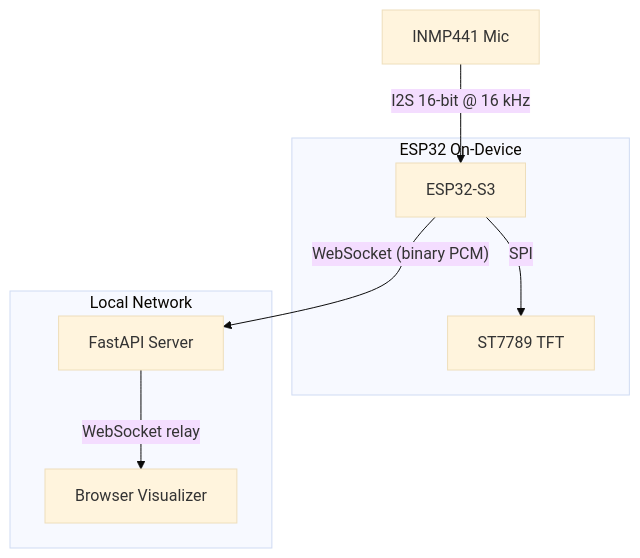
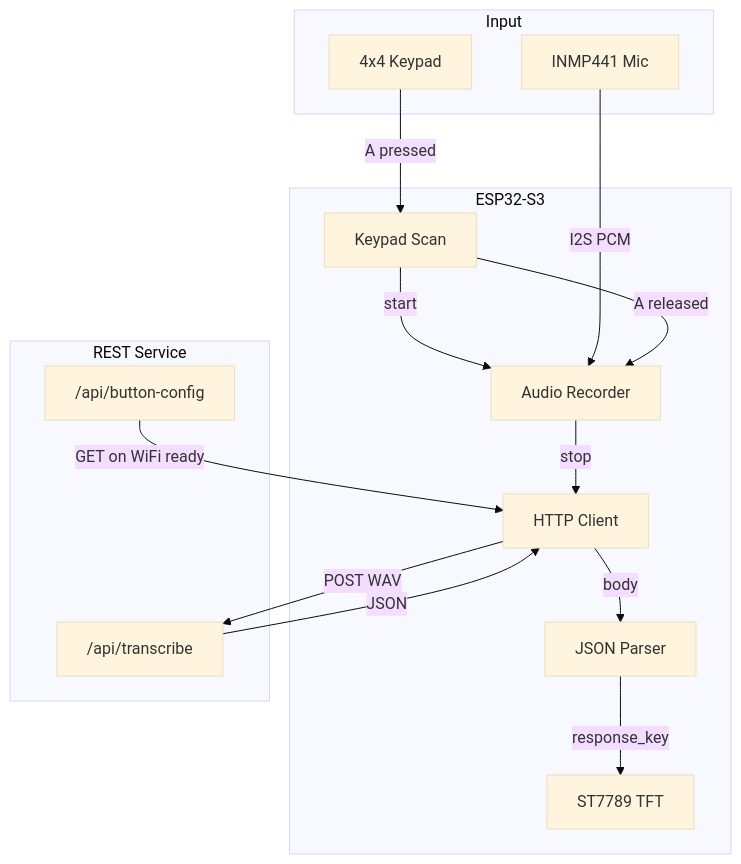
One commit to raynardj/wizardoz changed the third of 3 diagrams in src/README.md. Above: the diagram before and after it, drawn with Mermaid (base theme). The commit also changed other lines of this file and 22 other files, not shown here.

Commit message:
🎙️ audio talkie service

````diff
--- a/src/README.md
+++ b/src/README.md
@@ -112,17 +152,31 @@
 ```mermaid
 flowchart TD
-    MIC["INMP441 Mic"] -->|"I2S 16-bit @ 16 kHz"| ESP["ESP32-S3"]
-    ESP -->|"SPI"| TFT["ST7789 TFT"]
-    ESP -->|"WebSocket (binary PCM)"| SRV["FastAPI Server"]
-    SRV -->|"WebSocket relay"| VIZ["Browser Visualizer"]
-
-    subgraph device ["ESP32 On-Device"]
-        ESP
-        TFT
+    subgraph input [Input]
+        KP["4x4 Keypad"]
+        MIC["INMP441 Mic"]
     end
 
-    subgraph lan ["Local Network"]
-        SRV
-        VIZ
+    subgraph esp [ESP32-S3]
+        KP_SCAN["Keypad Scan"]
+        REC["Audio Recorder"]
+        HTTP["HTTP Client"]
+        JSON["JSON Parser"]
+        TFT["ST7789 TFT"]
     end
+
+    subgraph rest [REST Service]
+        API["/api/transcribe"]
+        CONFIG["/api/button-config"]
+    end
+
+    CONFIG -->|"GET on WiFi ready"| HTTP
+    KP -->|"A pressed"| KP_SCAN
+    KP_SCAN -->|"start"| REC
+    MIC -->|"I2S PCM"| REC
+    KP_SCAN -->|"A released"| REC
+    REC -->|"stop"| HTTP
+    HTTP -->|"POST WAV"| API
+    API -->|"JSON"| HTTP
+    HTTP -->|"body"| JSON
+    JSON -->|"response_key"| TFT
 ```
````
